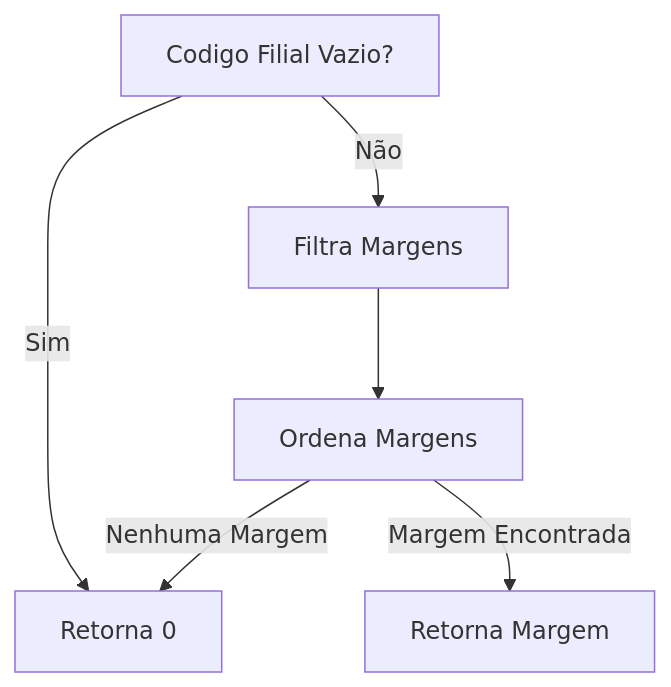
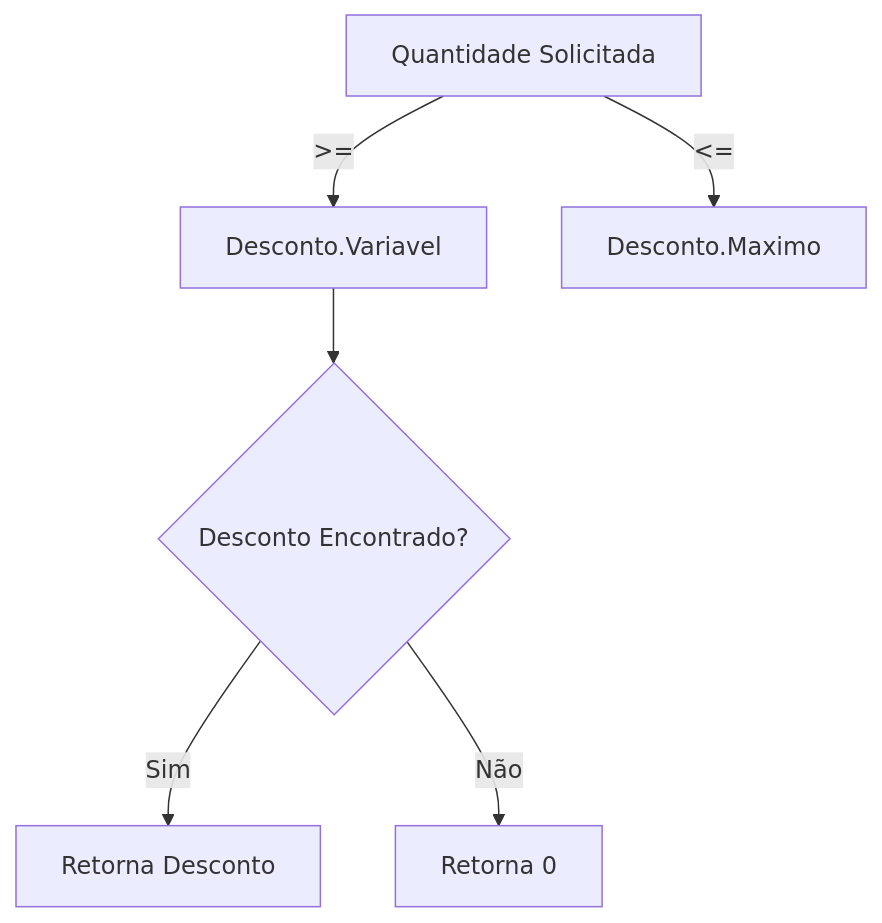
The first of 2 diagrams in docs/b2b-dominio/IsthmusWinthor.Nucleo/IsthmusWinthor.Dominio/POCO/Precos/PharmalinkCondicaoComercial.md (IsthmusSistemas/documentacao-tecnica), drawn with Mermaid before and after one commit. The commit also changed other lines of this file and 882 other files, not shown here.

````diff
--- a/docs/b2b-dominio/IsthmusWinthor.Nucleo/IsthmusWinthor.Dominio/POCO/Precos/PharmalinkCondicaoComercial.md
+++ b/docs/b2b-dominio/IsthmusWinthor.Nucleo/IsthmusWinthor.Dominio/POCO/Precos/PharmalinkCondicaoComercial.md
@@ -36,8 +19,8 @@
 ```mermaid
 flowchart TD
-    A[Codigo Filial Vazio?] -->|Sim| B[Retorna 0]
-    A -->|Não| C[Filtra Margens]
-    C --> D[Ordena Margens]
-    D -->|Margem Encontrada| E[Retorna Margem]
-    D -->|Nenhuma Margem| B
+    A[Quantidade Solicitada] -->|>=| B[Desconto.Variavel]
+    A -->|<=| C[Desconto.Maximo]
+    B --> D{Desconto Encontrado?}
+    D -->|Sim| E[Retorna Desconto]
+    D -->|Não| F[Retorna 0]
 ```
````
